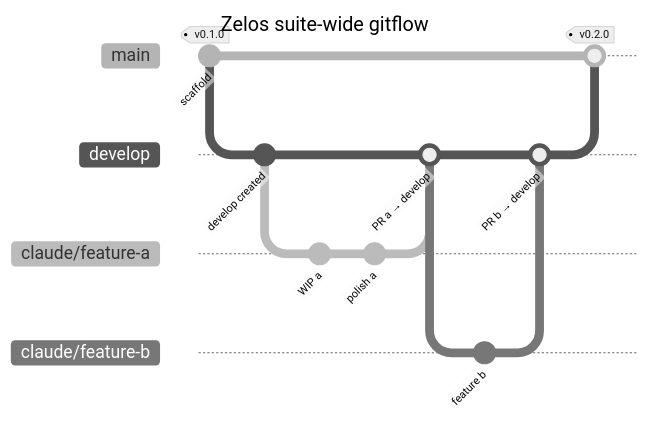
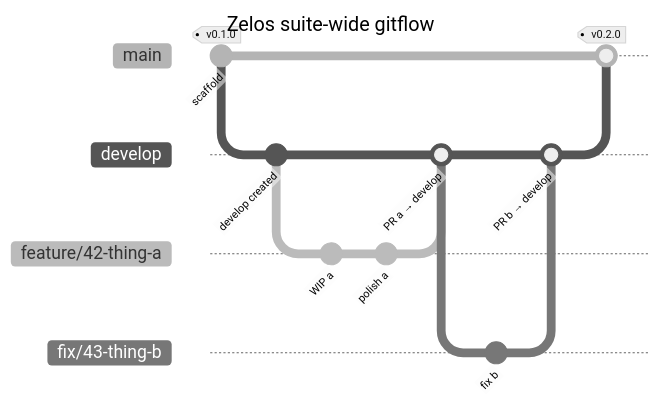
Before and after one commit to ZelosAI/zelosai: the diagram in docs/architecture/05-gitflow.md, drawn with Mermaid (neutral theme). The commit also changed other lines of this file and 2 other files, not shown here.

First line of the commit message:
docs(gitflow): adopt feature/<N>-<slug> branch convention + status automation (#64) (#68)

````diff
--- a/docs/architecture/05-gitflow.md
+++ b/docs/architecture/05-gitflow.md
@@ -21,23 +44,23 @@
 ```mermaid
 ---
 title: Zelos suite-wide gitflow
 ---
 gitGraph
    commit id: "scaffold" tag: "v0.1.0"
    branch develop
    checkout develop
    commit id: "develop created"
-   branch claude/feature-a
-   checkout claude/feature-a
+   branch feature/42-thing-a
+   checkout feature/42-thing-a
    commit id: "WIP a"
    commit id: "polish a"
    checkout develop
-   merge claude/feature-a id: "PR a → develop"
-   branch claude/feature-b
-   checkout claude/feature-b
-   commit id: "feature b"
+   merge feature/42-thing-a id: "PR a → develop"
+   branch fix/43-thing-b
+   checkout fix/43-thing-b
+   commit id: "fix b"
    checkout develop
-   merge claude/feature-b id: "PR b → develop"
+   merge fix/43-thing-b id: "PR b → develop"
    checkout main
    merge develop tag: "v0.2.0"
 ```
````
